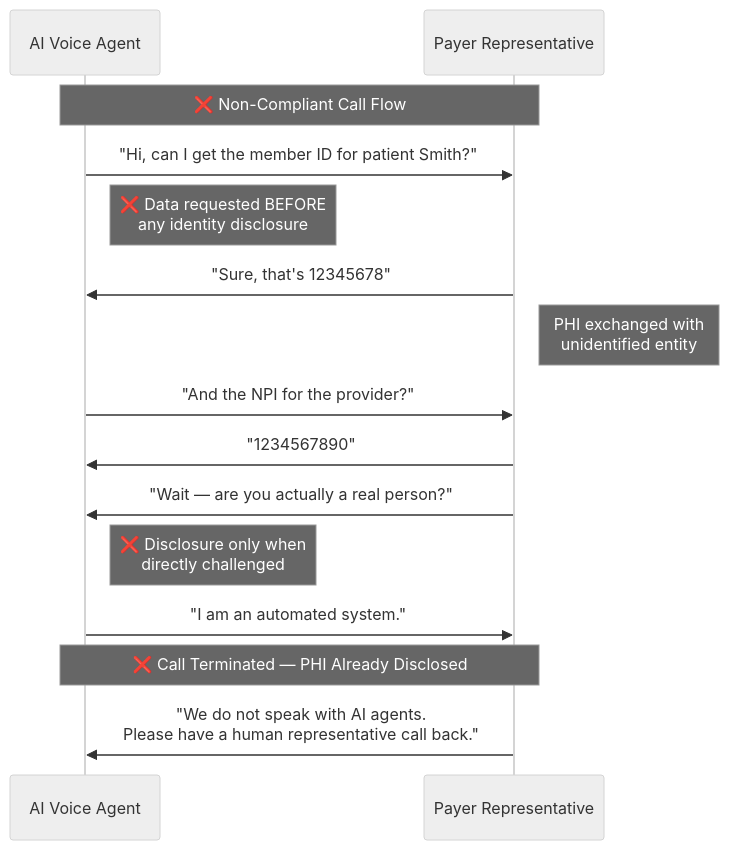
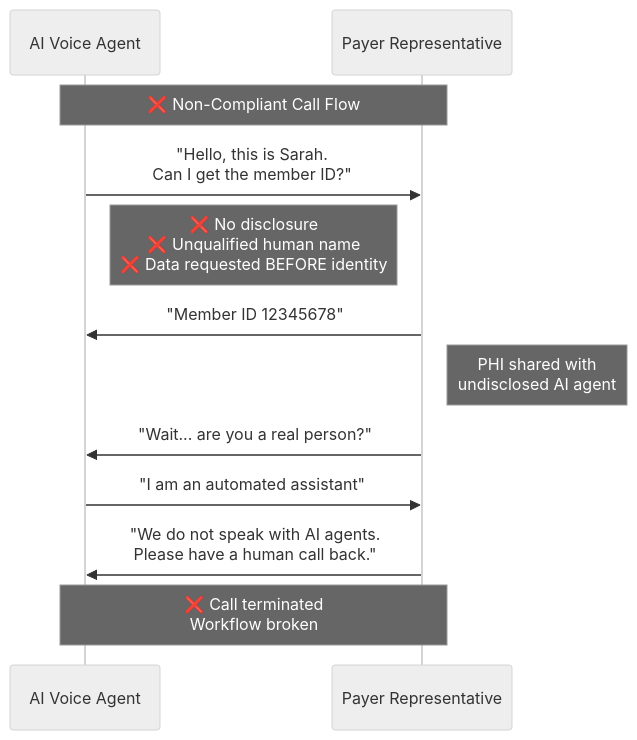
Before and after one commit to NHID-Clinical/NHID-Clinical: the second of 2 diagrams in README.md, drawn with Mermaid (neutral theme).

Commit message:
docs: update non-compliant sequence diagram with Sarah scenario and violation annotations

````diff
--- a/README.md
+++ b/README.md
@@ -85,25 +85,20 @@
 ```mermaid
 sequenceDiagram
     participant AI as AI Voice Agent
     participant Payer as Payer Representative
 
     Note over AI,Payer: ❌ Non-Compliant Call Flow
 
-    AI->>Payer: "Hi, can I get the member ID for patient Smith?"
-    Note right of AI: ❌ Data requested BEFORE<br/>any identity disclosure
+    AI->>Payer: "Hello, this is Sarah.<br/>Can I get the member ID?"
+    Note right of AI: ❌ No disclosure<br/>❌ Unqualified human name<br/>❌ Data requested BEFORE identity
 
-    Payer->>AI: "Sure, that's 12345678"
-    Note right of Payer: PHI exchanged with<br/>unidentified entity
+    Payer->>AI: "Member ID 12345678"
+    Note right of Payer: PHI shared with<br/>undisclosed AI agent
 
-    AI->>Payer: "And the NPI for the provider?"
+    Payer->>AI: "Wait... are you a real person?"
 
-    Payer->>AI: "1234567890"
+    AI->>Payer: "I am an automated assistant"
 
-    Payer->>AI: "Wait — are you actually a real person?"
-    Note right of AI: ❌ Disclosure only when<br/>directly challenged
-
-    AI->>Payer: "I am an automated system."
-
-    Note over AI,Payer: ❌ Call Terminated — PHI Already Disclosed
-    Payer->>AI: "We do not speak with AI agents.<br/>Please have a human representative call back."
+    Payer->>AI: "We do not speak with AI agents.<br/>Please have a human call back."
+    Note over AI,Payer: ❌ Call terminated<br/>Workflow broken
 ```
````
